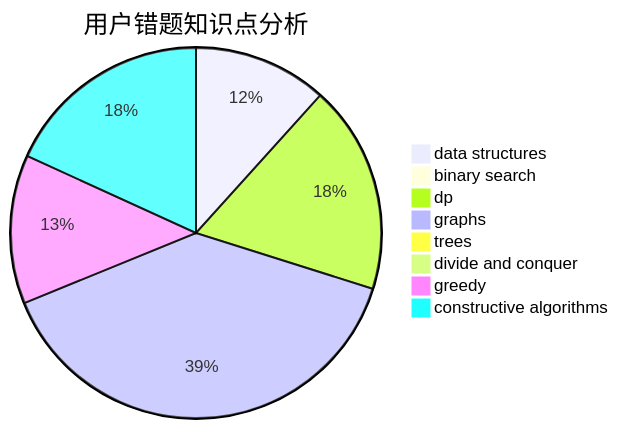
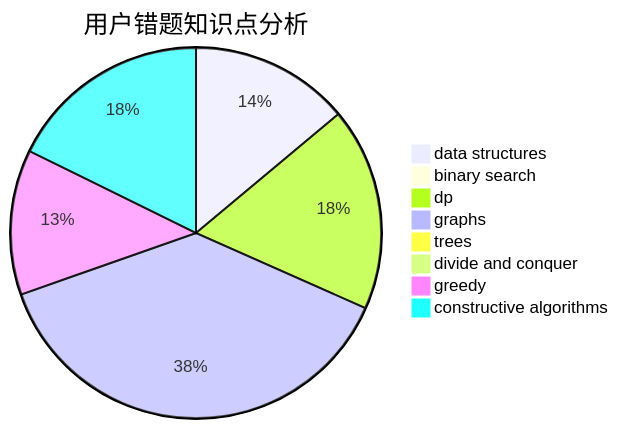
Before and after one commit to sherpahu/cfrs.github.io: the third of 3 diagrams in docs/user/u2634.md, drawn with Mermaid. The commit also changed other lines of this file and 2770 other files, not shown here.

````diff
--- a/docs/user/u2634.md
+++ b/docs/user/u2634.md
@@ -36,11 +36,11 @@
 ```mermaid
 pie title 用户错题知识点分析
-    "data structures" :  9
+    "data structures" :  11
     "binary search" :  0
     "dp" :  14
     "graphs" :  30
     "trees" :  0
     "divide and conquer" :  0
     "greedy" :  10
     "constructive algorithms" :  14
 ```
````
